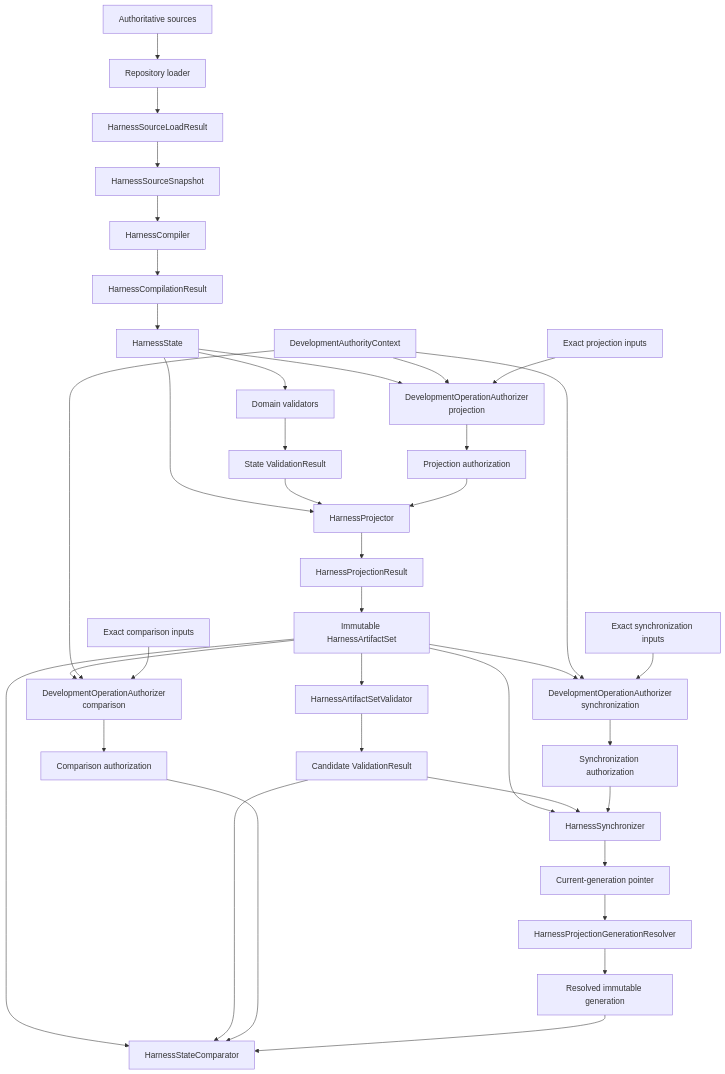
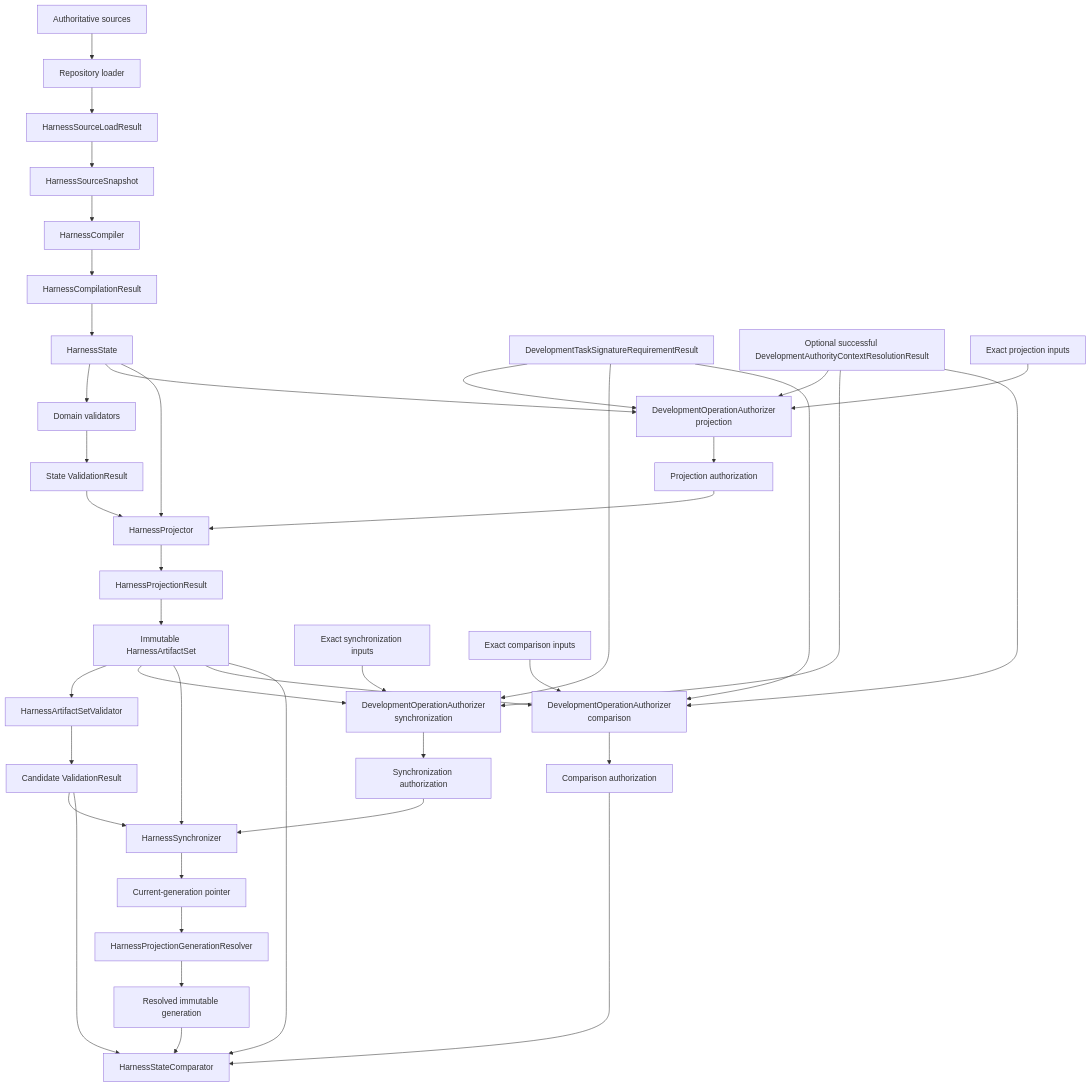
One commit to eragasa/ksdft2effmass changed the first of 5 diagrams in docs/architecture/v2/ksdft2effmass/harness/compiler-architecture.md. Above: the diagram before and after it, drawn with Mermaid. The commit also changed other lines of this file and 9 other files, not shown here.

Commit message:
Synchronize v2 authority architecture docs

````diff
--- a/docs/architecture/v2/ksdft2effmass/harness/compiler-architecture.md
+++ b/docs/architecture/v2/ksdft2effmass/harness/compiler-architecture.md
@@ -17,46 +17,50 @@
 ```mermaid
 flowchart TD
     sources["Authoritative sources"] --> loader["Repository loader"]
     loader --> load_result["HarnessSourceLoadResult"]
     load_result --> snapshot["HarnessSourceSnapshot"]
     snapshot --> compiler["HarnessCompiler"]
     compiler --> compilation["HarnessCompilationResult"]
     compilation --> state["HarnessState"]
     state --> validators["Domain validators"]
     validators --> validation["State ValidationResult"]
 
-    authority["DevelopmentAuthorityContext"]
+    signature_requirement["DevelopmentTaskSignatureRequirementResult"]
+    authority["Optional successful DevelopmentAuthorityContextResolutionResult"]
     state --> project_authorizer["DevelopmentOperationAuthorizer<br/>projection"]
+    signature_requirement --> project_authorizer
     authority --> project_authorizer
     project_request["Exact projection inputs"] --> project_authorizer
     project_authorizer --> project_authorization["Projection authorization"]
     state --> projector["HarnessProjector"]
     validation --> projector
     project_authorization --> projector
     projector --> projection_result["HarnessProjectionResult"]
     projection_result --> artifacts["Immutable HarnessArtifactSet"]
 
     artifacts --> candidate_validator["HarnessArtifactSetValidator"]
     candidate_validator --> candidate_validation["Candidate ValidationResult"]
 
     artifacts --> sync_authorizer["DevelopmentOperationAuthorizer<br/>synchronization"]
+    signature_requirement --> sync_authorizer
     authority --> sync_authorizer
     sync_request["Exact synchronization inputs"] --> sync_authorizer
     sync_authorizer --> sync_authorization["Synchronization authorization"]
     artifacts --> synchronizer["HarnessSynchronizer"]
     candidate_validation --> synchronizer
     sync_authorization --> synchronizer
     synchronizer --> pointer["Current-generation pointer"]
 
     pointer --> resolver["HarnessProjectionGenerationResolver"]
     resolver --> maintained["Resolved immutable generation"]
 
     artifacts --> compare_authorizer["DevelopmentOperationAuthorizer<br/>comparison"]
+    signature_requirement --> compare_authorizer
     authority --> compare_authorizer
     compare_request["Exact comparison inputs"] --> compare_authorizer
     compare_authorizer --> compare_authorization["Comparison authorization"]
     artifacts --> comparator["HarnessStateComparator"]
     candidate_validation --> comparator
     compare_authorization --> comparator
     maintained --> comparator
 ```
````
